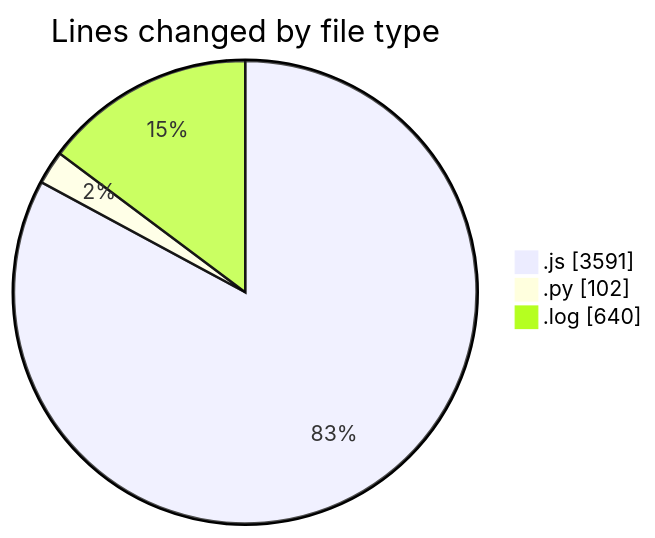
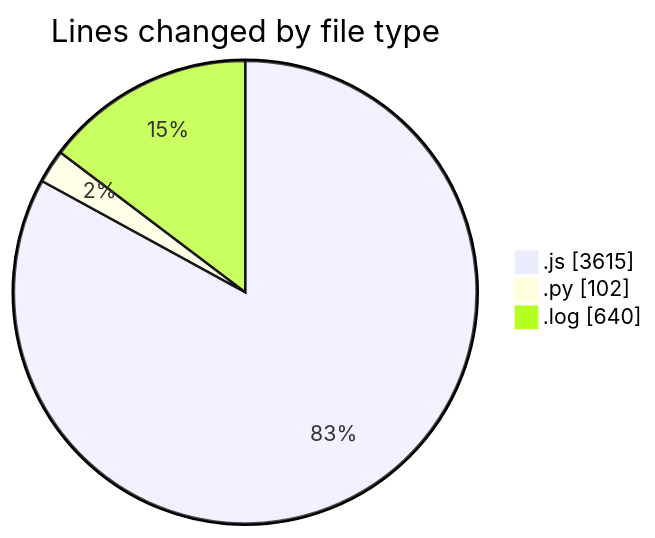
The first of 2 diagrams in 2025-04-16/nxtqube_webapp/README.md (nxtqubesakshisongat/code-tracking), drawn with Mermaid before and after one commit. The commit also changed other lines of this file and 1 other file, not shown here.

````diff
--- a/2025-04-16/nxtqube_webapp/README.md
+++ b/2025-04-16/nxtqube_webapp/README.md
@@ -24,7 +24,7 @@
 ```mermaid
 pie showData
 title Lines changed by file type
-".js" : 3591
+".js" : 3615
 ".py" : 102
 ".log" : 640
 ```
````
